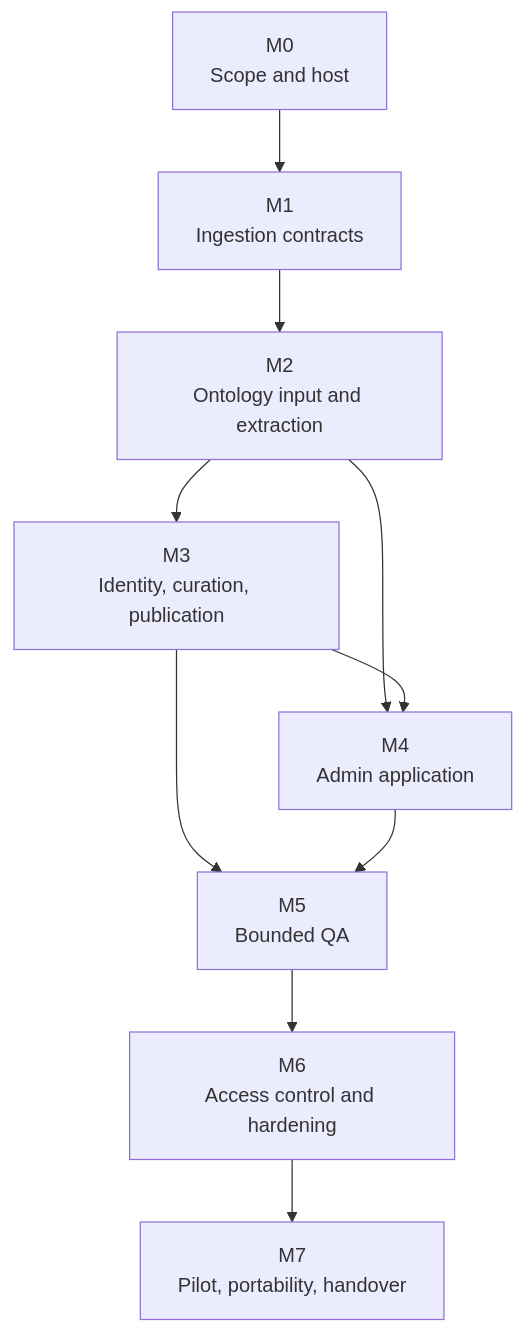
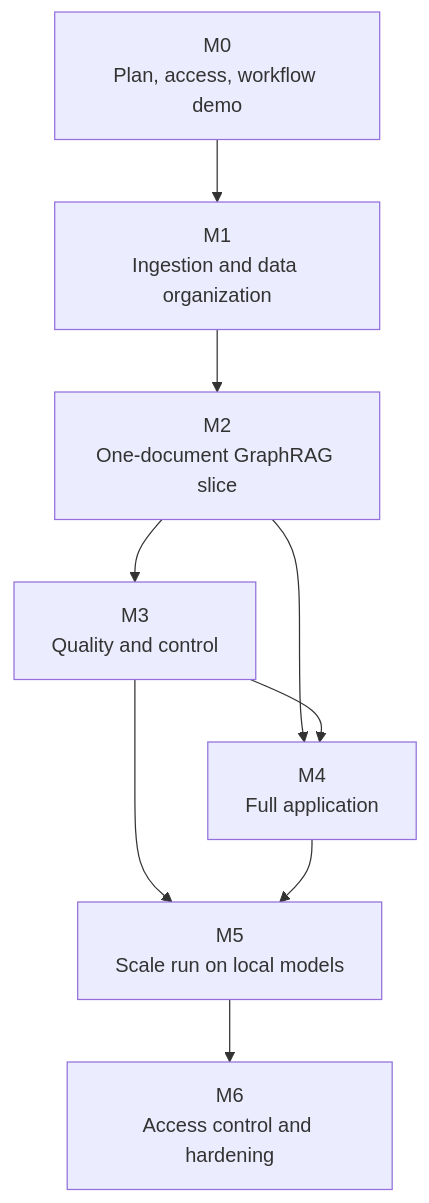
The diagram in docs/DEVELOPMENT_PLAN.md (thaitri2005/Secure-O-G-LLM-and-Knowledge-Graph), drawn with Mermaid before and after one commit. The commit also changed other lines of this file and 25 other files, not shown here.

First line of the commit message:
Rewrite docs for the 28 October direction: GraphRAG on drilling reports

````diff
--- a/docs/DEVELOPMENT_PLAN.md
+++ b/docs/DEVELOPMENT_PLAN.md
@@ -109,12 +88,11 @@
 ```mermaid
 flowchart TB
-    M0["M0<br/>Scope and host"] --> M1["M1<br/>Ingestion contracts"]
-    M1 --> M2["M2<br/>Ontology input and extraction"]
-    M2 --> M3["M3<br/>Identity, curation, publication"]
-    M2 --> M4["M4<br/>Admin application"]
+    M0["M0<br/>Plan, access, workflow demo"] --> M1["M1<br/>Ingestion and data organization"]
+    M1 --> M2["M2<br/>One-document GraphRAG slice"]
+    M2 --> M3["M3<br/>Quality and control"]
+    M2 --> M4["M4<br/>Full application"]
     M3 --> M4
-    M3 --> M5["M5<br/>Bounded QA"]
+    M3 --> M5["M5<br/>Scale run on local models"]
     M4 --> M5
     M5 --> M6["M6<br/>Access control and hardening"]
-    M6 --> M7["M7<br/>Pilot, portability, handover"]
 ```
````
